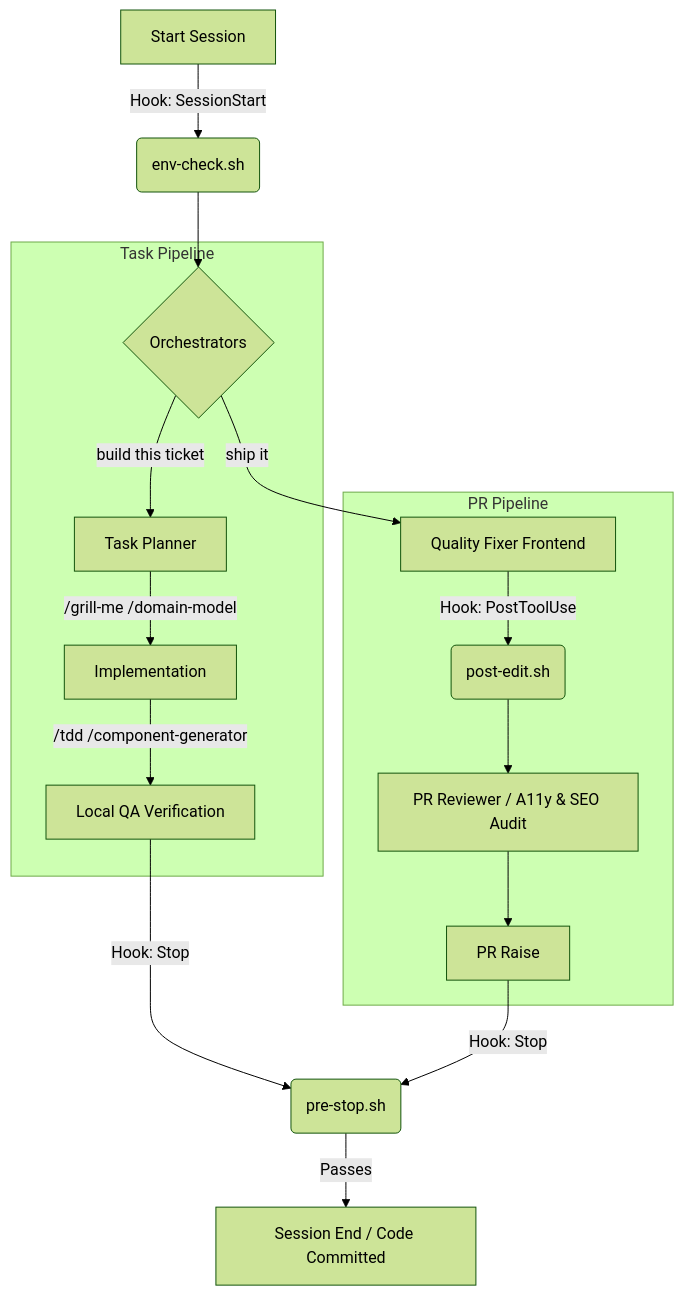
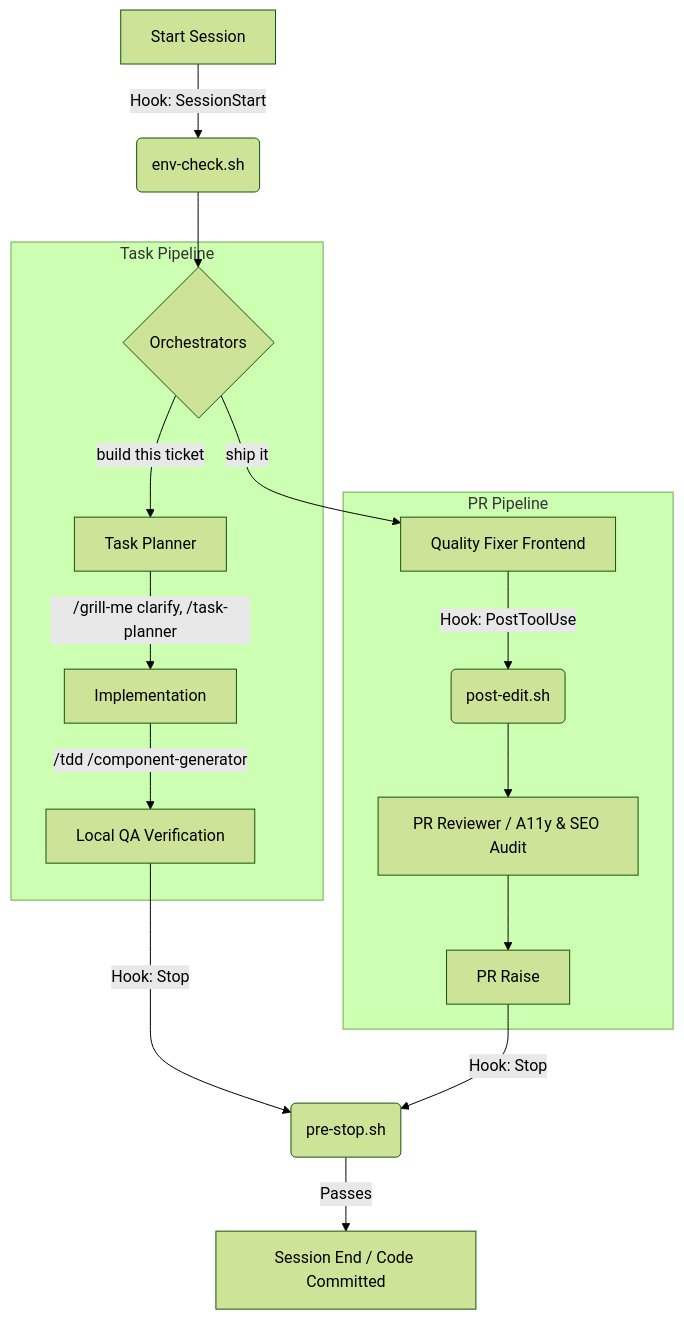
One commit to Manoj-M-S/claude-code-workflow changed the diagram in README.md. Above: the diagram before and after it, drawn with Mermaid (forest theme). The commit also changed other lines of this file and 2 other files, not shown here.

First line of the commit message:
chore: delete domain-model skill and remove all references

````diff
--- a/README.md
+++ b/README.md
@@ -16,22 +16,22 @@
 ```mermaid
 graph TD
     A[Start Session] -->|Hook: SessionStart| B(env-check.sh)
     B --> C{Orchestrators}
     
     subgraph Task Pipeline
         C -->|build this ticket| D[Task Planner]
-        D -->|/grill-me /domain-model| E[Implementation]
+        D -->|/grill-me clarify, /task-planner| E[Implementation]
         E -->|/tdd /component-generator| F[Local QA Verification]
     end
     
     subgraph PR Pipeline
         C -->|ship it| G[Quality Fixer Frontend]
         G -->|Hook: PostToolUse| H(post-edit.sh)
         H --> I[PR Reviewer / A11y & SEO Audit]
         I --> J[PR Raise]
     end
     
     F -->|Hook: Stop| K(pre-stop.sh)
     J -->|Hook: Stop| K
     K -->|Passes| L[Session End / Code Committed]
 ```
````
